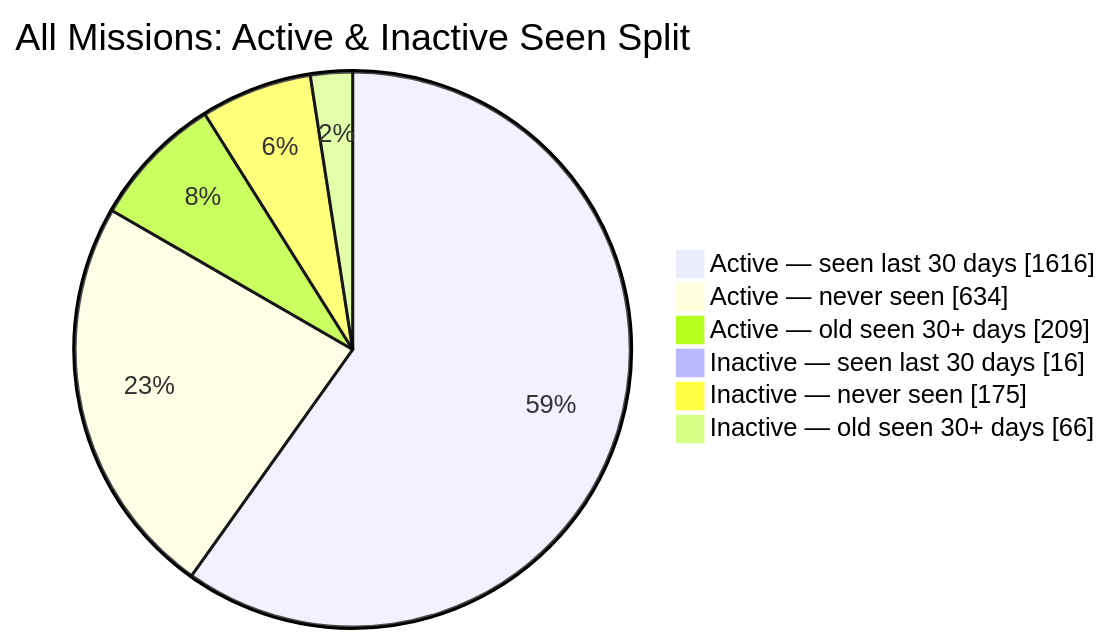
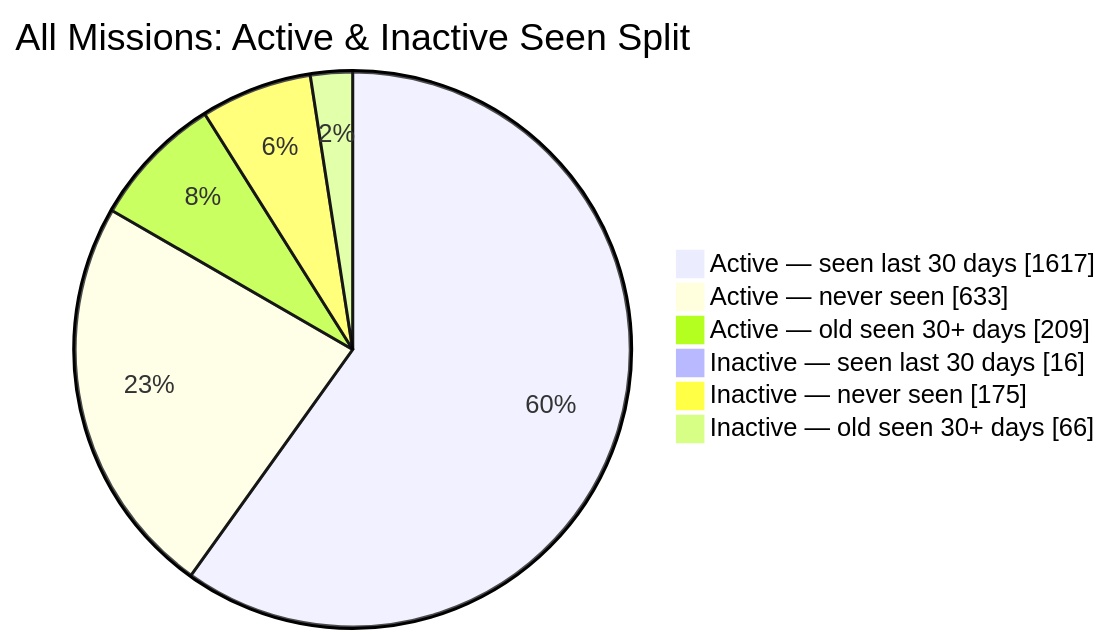
Before and after one commit to MeldkamerspelGameTeam/active-missions: the second of 2 diagrams in README.md, drawn with Mermaid. The commit also changed other lines of this file and 3 other files, not shown here.

````diff
--- a/README.md
+++ b/README.md
@@ -44,10 +44,10 @@
 ```mermaid
 pie showData
     title All Missions: Active & Inactive Seen Split
-    "Active — seen last 30 days" : 1616
-    "Active — never seen" : 634
+    "Active — seen last 30 days" : 1617
+    "Active — never seen" : 633
     "Active — old seen 30+ days" : 209
     "Inactive — seen last 30 days" : 16
     "Inactive — never seen" : 175
     "Inactive — old seen 30+ days" : 66
 ```
````
